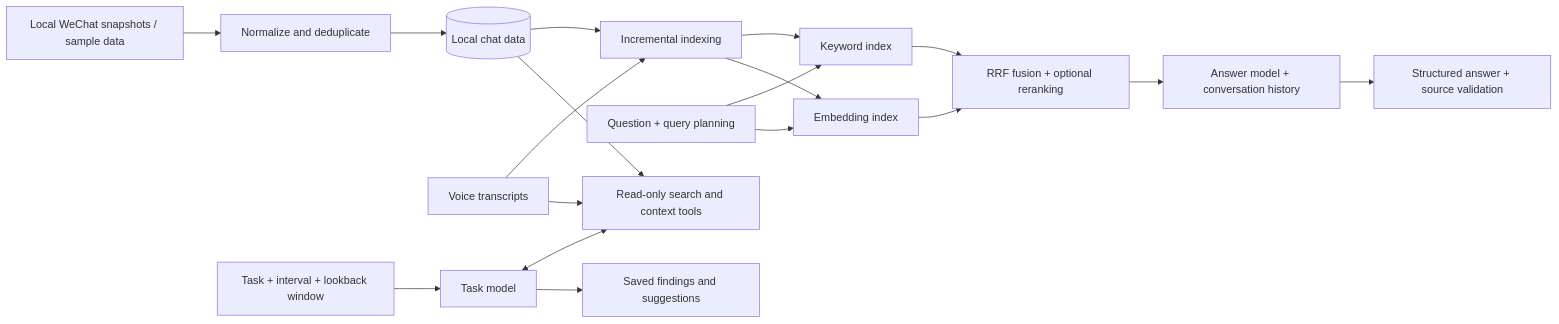
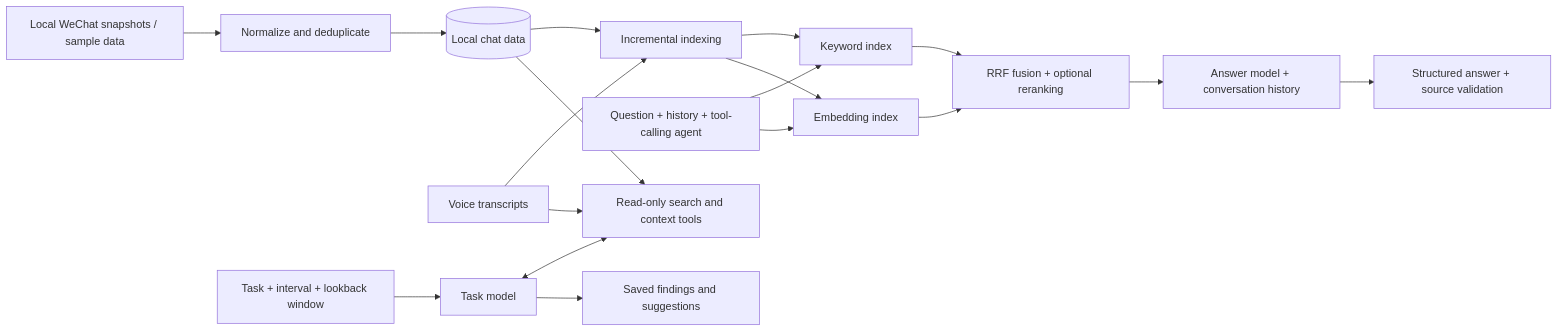
The diagram in README.md (Fongkai777/wechat-agent), drawn with Mermaid before and after one commit. The commit also changed other lines of this file and 47 other files, not shown here.

````diff
--- a/README.md
+++ b/README.md
@@ -128,20 +128,20 @@
 ```mermaid
 flowchart LR
     A[Local WeChat snapshots / sample data] --> B[Normalize and deduplicate]
     B --> C[(Local chat data)]
     V[Voice transcripts] --> I[Incremental indexing]
     C --> I
     I --> K[Keyword index]
     I --> E[Embedding index]
-    Q[Question + query planning] --> K
+    Q[Question + history + tool-calling agent] --> K
     Q --> E
     K --> R[RRF fusion + optional reranking]
     E --> R
     R --> G[Answer model + conversation history]
     G --> O[Structured answer + source validation]
     T[Task + interval + lookback window] --> H[Task model]
     H <--> S[Read-only search and context tools]
     C --> S
     V --> S
     H --> P[Saved findings and suggestions]
 ```
````
